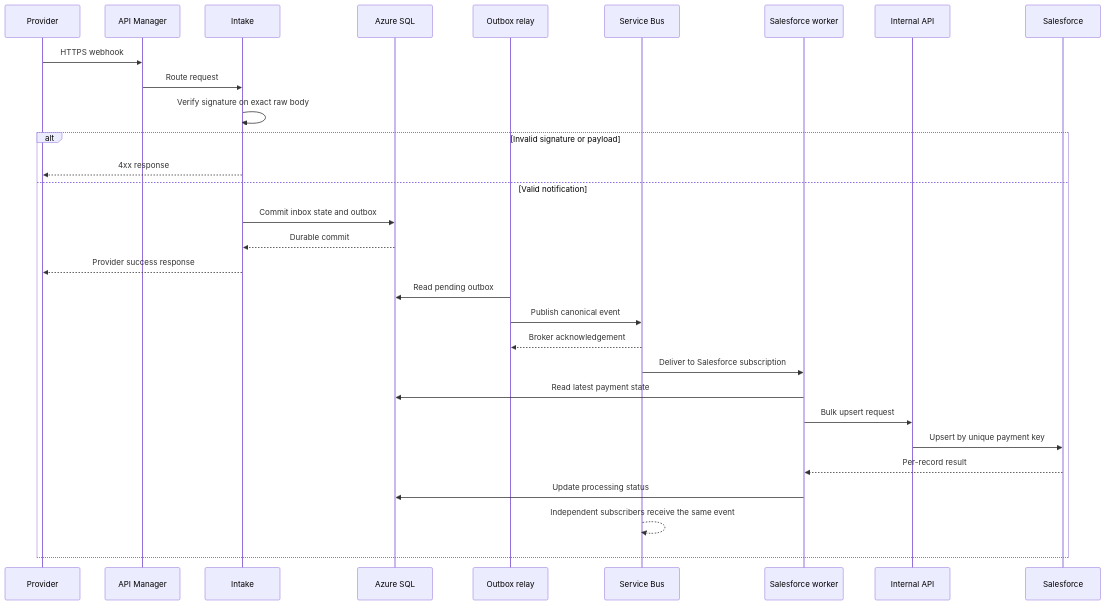
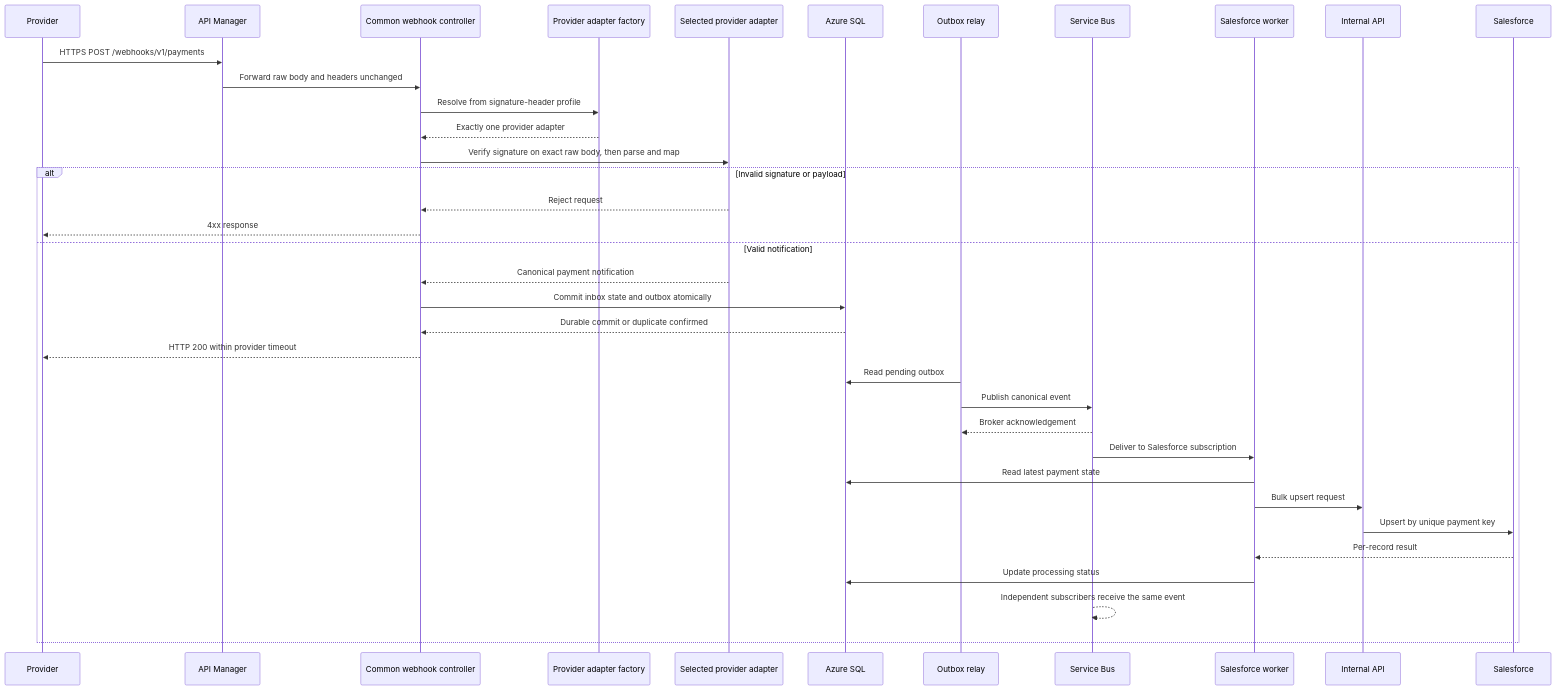
One commit to jeison-nura/tecnicalint changed the second of 2 diagrams in docs/design/SOLUTION_DESIGN.md. Above: the diagram before and after it, drawn with Mermaid. The commit also changed other lines of this file and 47 other files, not shown here.

First line of the commit message:
feat: add practical webhook intake and update delivery docs

````diff
--- a/docs/design/SOLUTION_DESIGN.md
+++ b/docs/design/SOLUTION_DESIGN.md
@@ -57,33 +75,39 @@
 ```mermaid
 sequenceDiagram
   participant P as Provider
   participant G as API Manager
-  participant I as Intake
+  participant C as Common webhook controller
+  participant F as Provider adapter factory
+  participant A as Selected provider adapter
   participant D as Azure SQL
   participant R as Outbox relay
   participant Q as Service Bus
   participant W as Salesforce worker
   participant M as Internal API
   participant S as Salesforce
 
-  P->>G: HTTPS webhook
-  G->>I: Route request
-  I->>I: Verify signature on exact raw body
+  P->>G: HTTPS POST /webhooks/v1/payments
+  G->>C: Forward raw body and headers unchanged
+  C->>F: Resolve from signature-header profile
+  F-->>C: Exactly one provider adapter
+  C->>A: Verify signature on exact raw body, then parse and map
   alt Invalid signature or payload
-    I-->>P: 4xx response
+    A-->>C: Reject request
+    C-->>P: 4xx response
   else Valid notification
-    I->>D: Commit inbox state and outbox
-    D-->>I: Durable commit
-    I-->>P: Provider success response
+    A-->>C: Canonical payment notification
+    C->>D: Commit inbox state and outbox atomically
+    D-->>C: Durable commit or duplicate confirmed
+    C-->>P: HTTP 200 within provider timeout
     R->>D: Read pending outbox
     R->>Q: Publish canonical event
     Q-->>R: Broker acknowledgement
     Q->>W: Deliver to Salesforce subscription
     W->>D: Read latest payment state
     W->>M: Bulk upsert request
     M->>S: Upsert by unique payment key
     S-->>W: Per-record result
     W->>D: Update processing status
     Q-->>Q: Independent subscribers receive the same event
   end
 ```
````
